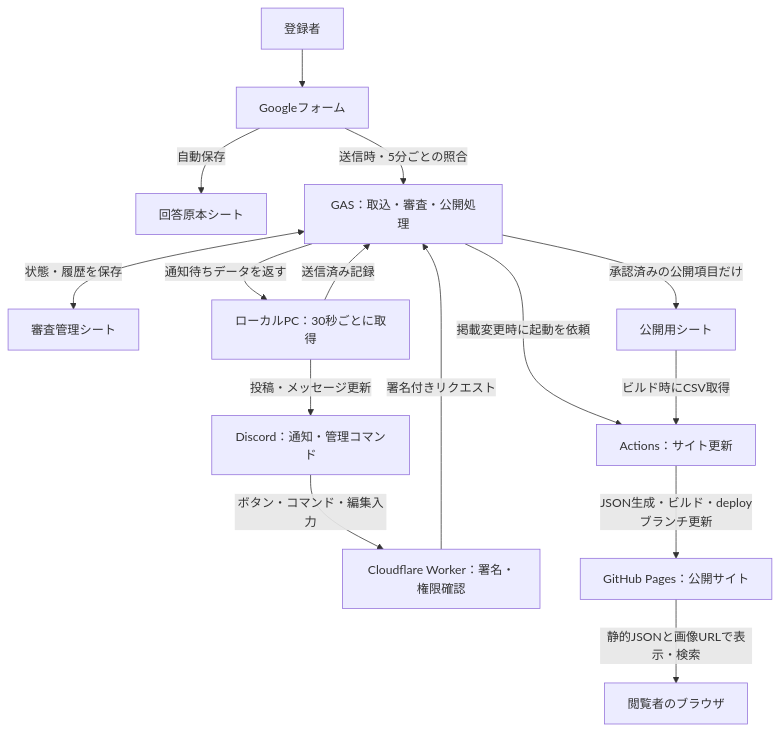
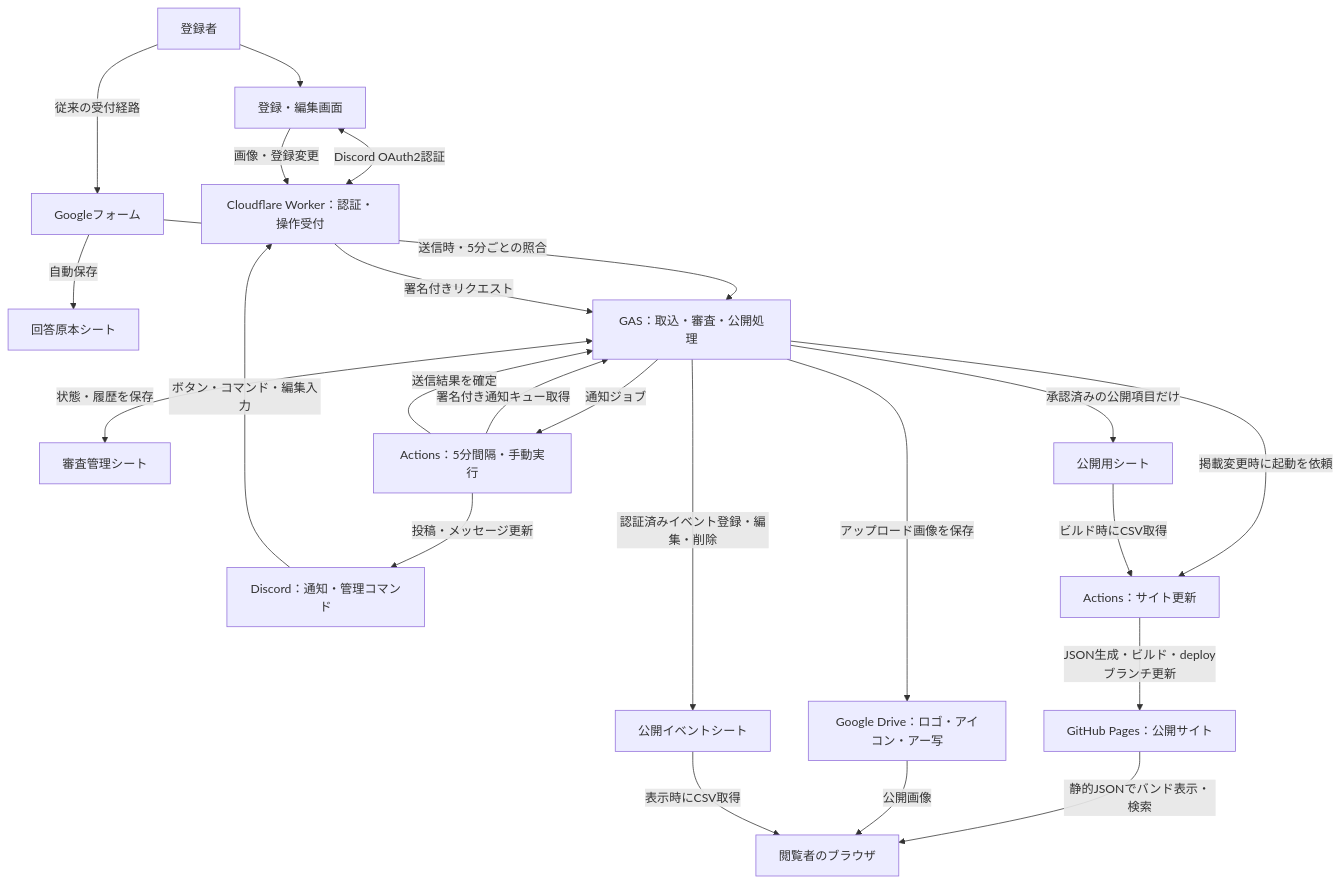
One commit to LyceeSerie/SerieIndustry changed the first of 2 diagrams in docs/VRC-Band-DB-architecture.md. Above: the diagram before and after it, drawn with Mermaid. The commit also changed other lines of this file and 3 other files, not shown here.

````diff
--- a/docs/VRC-Band-DB-architecture.md
+++ b/docs/VRC-Band-DB-architecture.md
@@ -7,17 +7,25 @@
 ```mermaid
 flowchart TD
-  User[登録者] --> Form[Googleフォーム]
+  User[登録者] --> Portal[登録・編集画面]
+  Portal <-->|Discord OAuth2認証| Worker[Cloudflare Worker：認証・操作受付]
+  Portal -->|画像・登録変更| Worker
+  User -->|従来の受付経路| Form[Googleフォーム]
   Form -->|自動保存| Raw[回答原本シート]
   Form -->|送信時・5分ごとの照合| GAS[GAS：取込・審査・公開処理]
   GAS <-->|状態・履歴を保存| Review[審査管理シート]
-  GAS -->|通知待ちデータを返す| PC[ローカルPC：30秒ごとに取得]
-  PC -->|送信済み記録| GAS
-  PC -->|投稿・メッセージ更新| Discord[Discord：通知・管理コマンド]
-  Discord -->|ボタン・コマンド・編集入力| Worker[Cloudflare Worker：署名・権限確認]
+  NotifyAction[Actions：5分間隔・手動実行] -->|署名付き通知キュー取得| GAS
+  GAS -->|通知ジョブ| NotifyAction
+  NotifyAction -->|送信結果を確定| GAS
+  NotifyAction -->|投稿・メッセージ更新| Discord[Discord：通知・管理コマンド]
+  Discord -->|ボタン・コマンド・編集入力| Worker
   Worker -->|署名付きリクエスト| GAS
   GAS -->|承認済みの公開項目だけ| Public[公開用シート]
   GAS -->|掲載変更時に起動を依頼| SiteAction[Actions：サイト更新]
   Public -->|ビルド時にCSV取得| SiteAction
   SiteAction -->|JSON生成・ビルド・deployブランチ更新| Pages[GitHub Pages：公開サイト]
-  Pages -->|静的JSONと画像URLで表示・検索| Viewer[閲覧者のブラウザ]
+  Pages -->|静的JSONでバンド表示・検索| Viewer[閲覧者のブラウザ]
+  GAS -->|アップロード画像を保存| Drive[Google Drive：ロゴ・アイコン・アー写]
+  Drive -->|公開画像| Viewer
+  GAS -->|認証済みイベント登録・編集・削除| Events[公開イベントシート]
+  Events -->|表示時にCSV取得| Viewer
 ```
````
